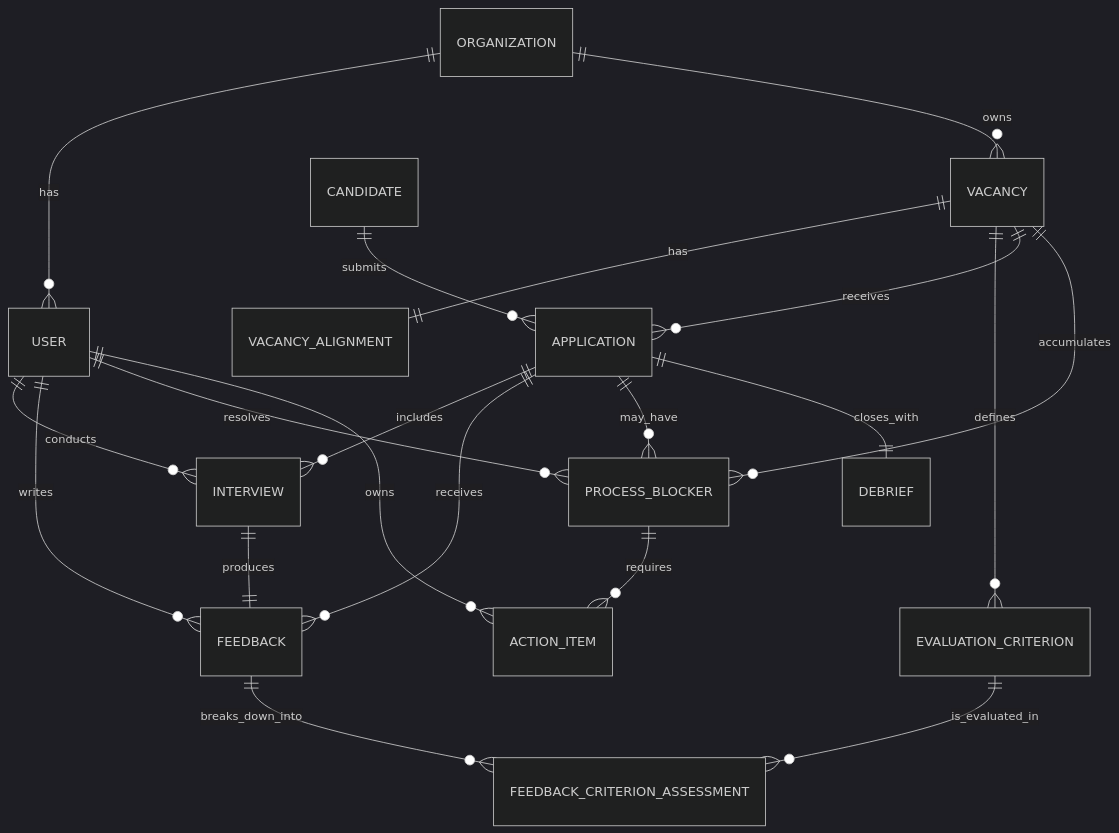
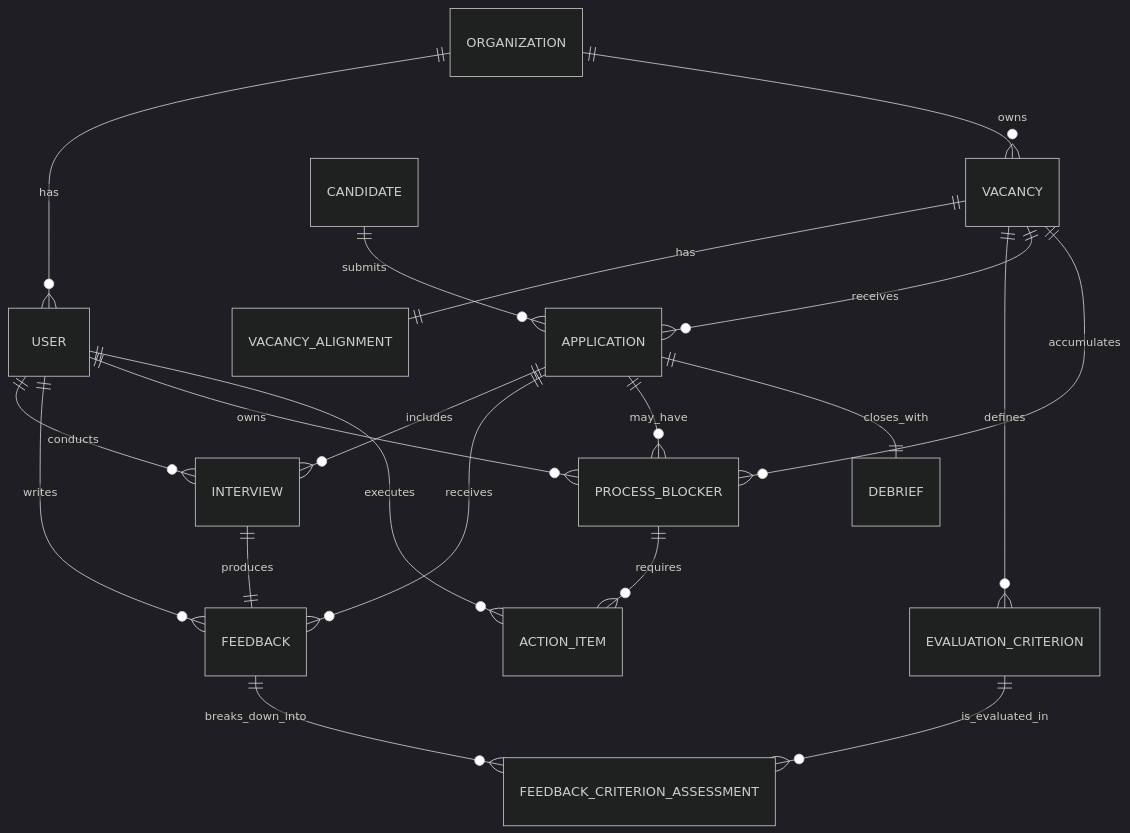
One commit to svg80/AI4Devs-design-1-2026-03_srII changed the fourth of 13 diagrams in LTI-SVG/LTI-SVG.md. Above: the diagram before and after it, drawn with Mermaid (dark theme). The commit also changed other lines of this file and 2 other files, not shown here.

````diff
--- a/LTI-SVG/LTI-SVG.md
+++ b/LTI-SVG/LTI-SVG.md
@@ -729,28 +741,29 @@
 ```mermaid
 erDiagram
     ORGANIZATION ||--o{ USER : has
     ORGANIZATION ||--o{ VACANCY : owns
 
     VACANCY ||--|| VACANCY_ALIGNMENT : has
     VACANCY ||--o{ EVALUATION_CRITERION : defines
     VACANCY ||--o{ APPLICATION : receives
     VACANCY ||--o{ PROCESS_BLOCKER : accumulates
 
     CANDIDATE ||--o{ APPLICATION : submits
+
     APPLICATION ||--o{ INTERVIEW : includes
     APPLICATION ||--o{ FEEDBACK : receives
     APPLICATION ||--o{ PROCESS_BLOCKER : may_have
     APPLICATION ||--|| DEBRIEF : closes_with
 
     INTERVIEW ||--|| FEEDBACK : produces
 
     FEEDBACK ||--o{ FEEDBACK_CRITERION_ASSESSMENT : breaks_down_into
     EVALUATION_CRITERION ||--o{ FEEDBACK_CRITERION_ASSESSMENT : is_evaluated_in
 
     PROCESS_BLOCKER ||--o{ ACTION_ITEM : requires
 
     USER ||--o{ INTERVIEW : conducts
     USER ||--o{ FEEDBACK : writes
-    USER ||--o{ PROCESS_BLOCKER : resolves
-    USER ||--o{ ACTION_ITEM : owns
+    USER ||--o{ PROCESS_BLOCKER : owns
+    USER ||--o{ ACTION_ITEM : executes
 ```
````
